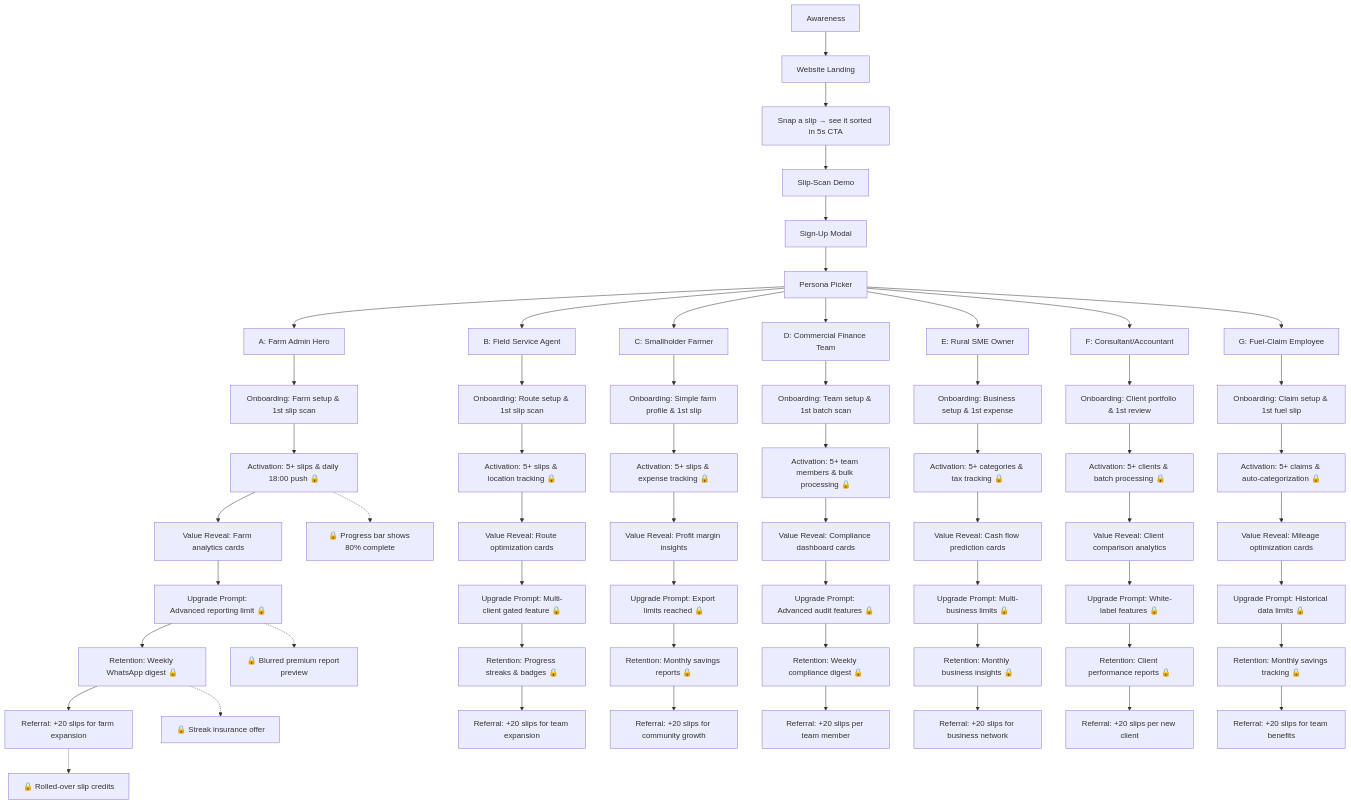
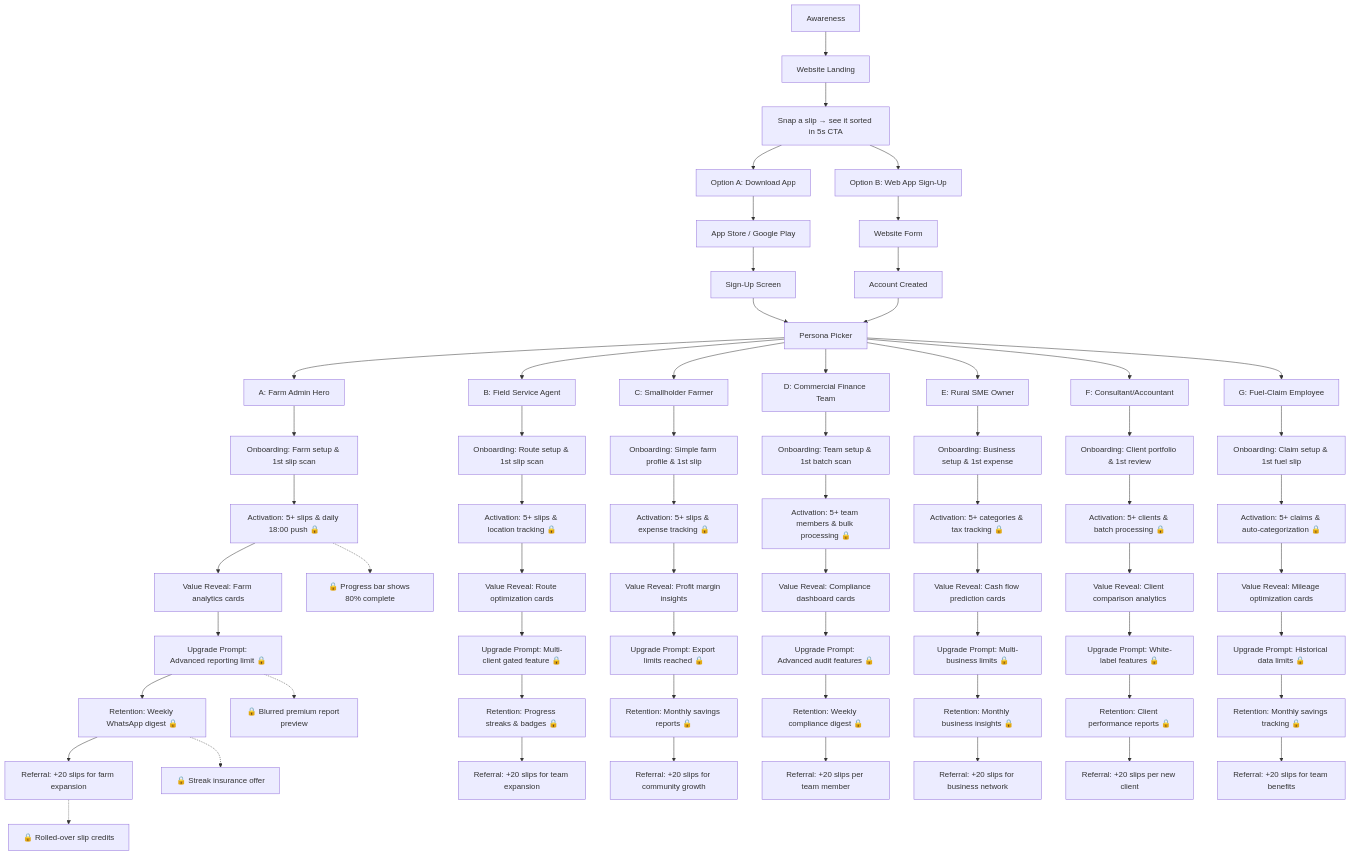
One commit to lizelle-farmslip/FarmSlip-User-Journey changed the diagram in farmslip-user-journey.md. Above: the diagram before and after it, drawn with Mermaid. The commit also changed other lines of this file, not shown here.

Commit message:
Update user journey flowchart with app download and web signup paths

```diff
--- a/farmslip-user-journey.md
+++ b/farmslip-user-journey.md
@@ -6,17 +6,22 @@
 flowchart TD
     A[Awareness] --> B[Website Landing]
     B --> C["Snap a slip → see it sorted in 5s" CTA]
-    C --> D[Slip-Scan Demo]
-    D --> E[Sign-Up Modal]
-    E --> F[Persona Picker]
+    C --> D1[Option A: Download App]
+    C --> D2[Option B: Web App Sign-Up]
+    D1 --> E1[App Store / Google Play]
+    D2 --> E2[Website Form]
+    E1 --> F1[Sign-Up Screen]
+    E2 --> F2[Account Created]
+    F1 --> G[Persona Picker]
+    F2 --> G[Persona Picker]
     
-    F --> G1[A: Farm Admin Hero]
-    F --> G2[B: Field Service Agent]
-    F --> G3[C: Smallholder Farmer]
-    F --> G4[D: Commercial Finance Team]
-    F --> G5[E: Rural SME Owner]
-    F --> G6[F: Consultant/Accountant]
-    F --> G7[G: Fuel-Claim Employee]
+    G --> G1[A: Farm Admin Hero]
+    G --> G2[B: Field Service Agent]
+    G --> G3[C: Smallholder Farmer]
+    G --> G4[D: Commercial Finance Team]
+    G --> G5[E: Rural SME Owner]
+    G --> G6[F: Consultant/Accountant]
+    G --> G7[G: Fuel-Claim Employee]
     
     %% Farm Admin Hero Journey
     G1 --> H1[Onboarding: Farm setup & 1st slip scan]
```
